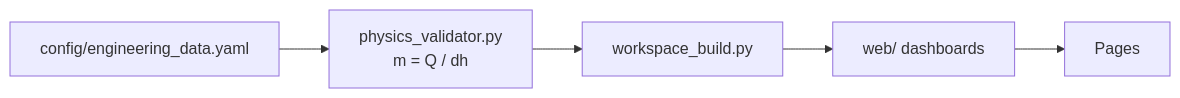
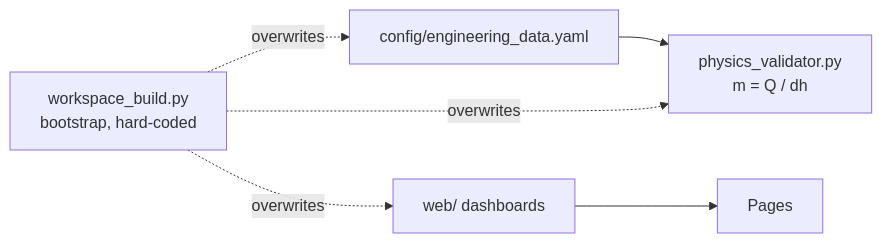
One commit to GBOGEB/cryogenic-accelerator-workspace changed the diagram in README.md. Above: the diagram before and after it, drawn with Mermaid. The commit also changed other lines of this file, not shown here.

````diff
--- a/README.md
+++ b/README.md
@@ -76,5 +76,6 @@
 ```mermaid
 flowchart LR
   C[config/engineering_data.yaml] --> P[physics_validator.py<br/>m = Q / dh]
-  P --> B[workspace_build.py] --> W[web/ dashboards] --> G[Pages]
+  W[web/ dashboards] --> G[Pages]
+  B[workspace_build.py<br/>bootstrap, hard-coded] -. overwrites .-> C & P & W
 ```
````
